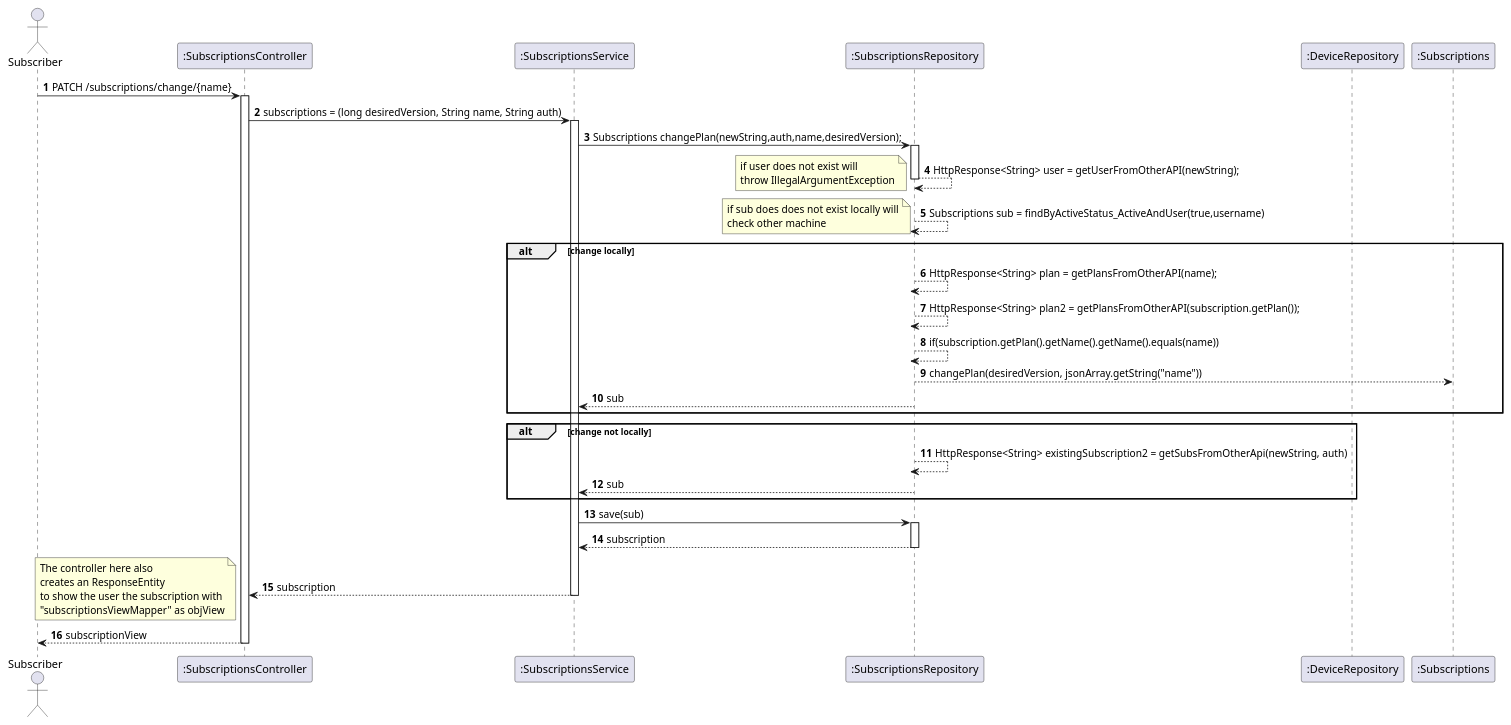
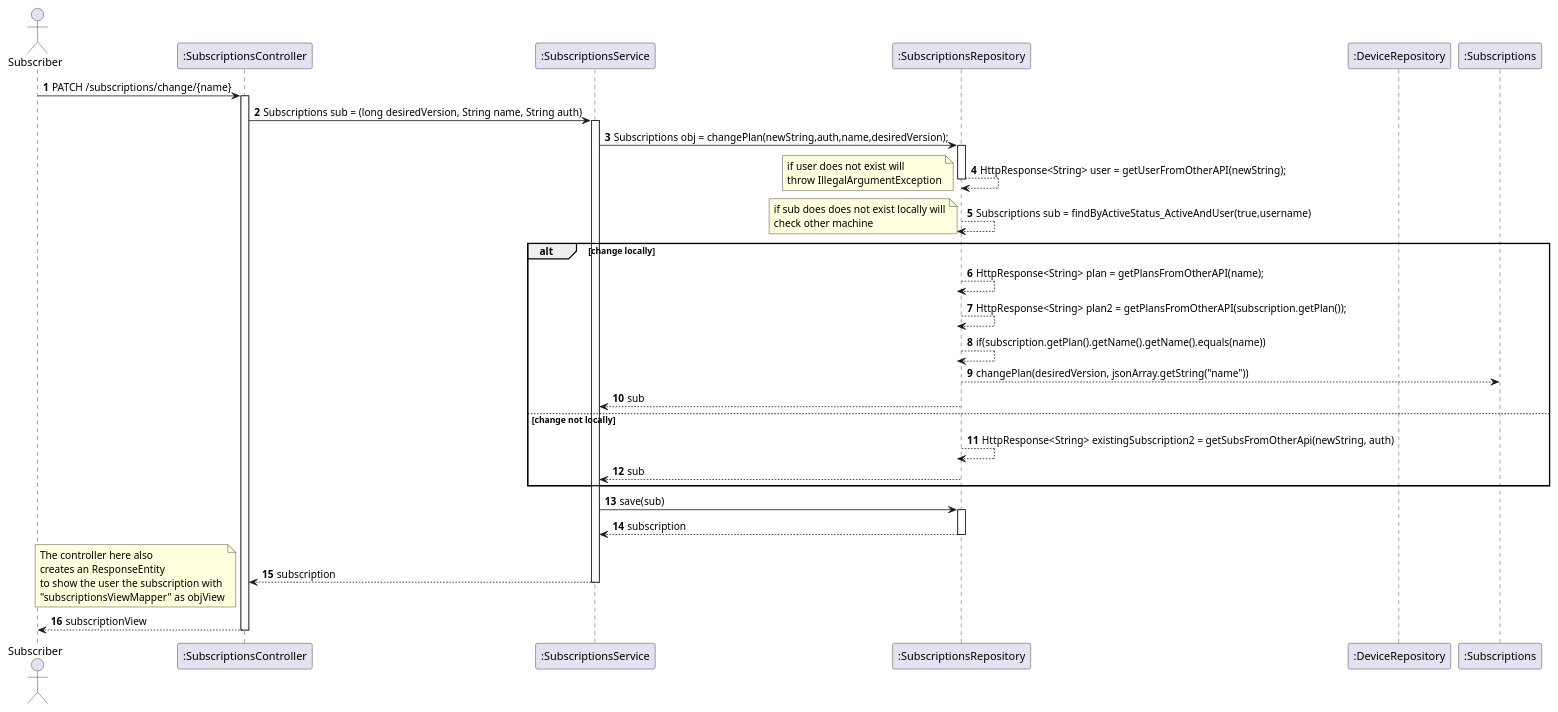
One commit to IsepMartimOliveira/SIDIS changed the diagram in docs_sidis/Subs/UC22 - ChangeSubs_Plan/UC22-SD.puml. Above: the diagram before and after it, drawn with PlantUML. The commit also changed 9 other files, not shown here.

```diff
--- a/docs_sidis/Subs/UC22 - ChangeSubs_Plan/UC22-SD.puml
+++ b/docs_sidis/Subs/UC22 - ChangeSubs_Plan/UC22-SD.puml
@@ -1,58 +1,56 @@
 @startuml
 'https://plantuml.com/sequence-diagram
 autoactivate on
 autonumber
 
 
 actor "Subscriber" as Ac
 participant ":SubscriptionsController" as Ctrl
 participant ":SubscriptionsService" as Serv
 
 participant ":SubscriptionsRepository" as SubRepo
 participant ":DeviceRepository" as DevRepo
 participant ":Subscriptions" as Sub
 
 
 Ac -> Ctrl : PATCH /subscriptions/change/{name}
-Ctrl -> Serv : subscriptions = (long desiredVersion, String name, String auth)
-Serv -> SubRepo : Subscriptions changePlan(newString,auth,name,desiredVersion);
+Ctrl -> Serv : Subscriptions sub = (long desiredVersion, String name, String auth)
+Serv -> SubRepo : Subscriptions obj = changePlan(newString,auth,name,desiredVersion);
 
 
 SubRepo --> SubRepo: HttpResponse<String> user = getUserFromOtherAPI(newString);
 note left
 if user does not exist will
 throw IllegalArgumentException
 end note
 SubRepo --> SubRepo: Subscriptions sub = findByActiveStatus_ActiveAndUser(true,username)
 note left
 if sub does does not exist locally will
 check other machine
 end note
 alt change locally
 SubRepo --> SubRepo: HttpResponse<String> plan = getPlansFromOtherAPI(name);
 SubRepo --> SubRepo: HttpResponse<String> plan2 = getPlansFromOtherAPI(subscription.getPlan());
 SubRepo --> SubRepo : if(subscription.getPlan().getName().getName().equals(name))
 SubRepo --> Sub:changePlan(desiredVersion, jsonArray.getString("name"))
 SubRepo --> Serv :sub
-end alt
-
-alt change not locally
+else change not locally
 SubRepo --> SubRepo: HttpResponse<String> existingSubscription2 = getSubsFromOtherApi(newString, auth)
 SubRepo --> Serv :sub
 end alt
 deactivate Sub
 
 Serv -> SubRepo: save(sub)
 SubRepo --> Serv: subscription
 Serv --> Ctrl: subscription
 
 
 note left
  The controller here also
  creates an ResponseEntity
  to show the user the subscription with
  "subscriptionsViewMapper" as objView
 end note
 Ac <-- Ctrl : subscriptionView
 
 @enduml
```
